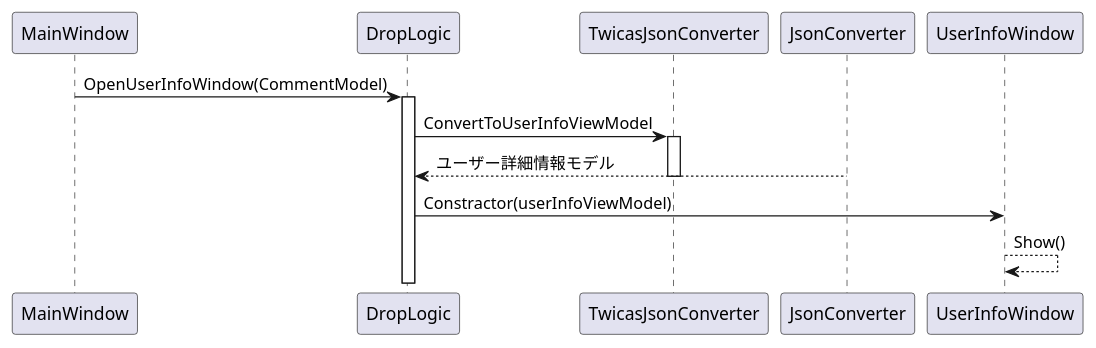
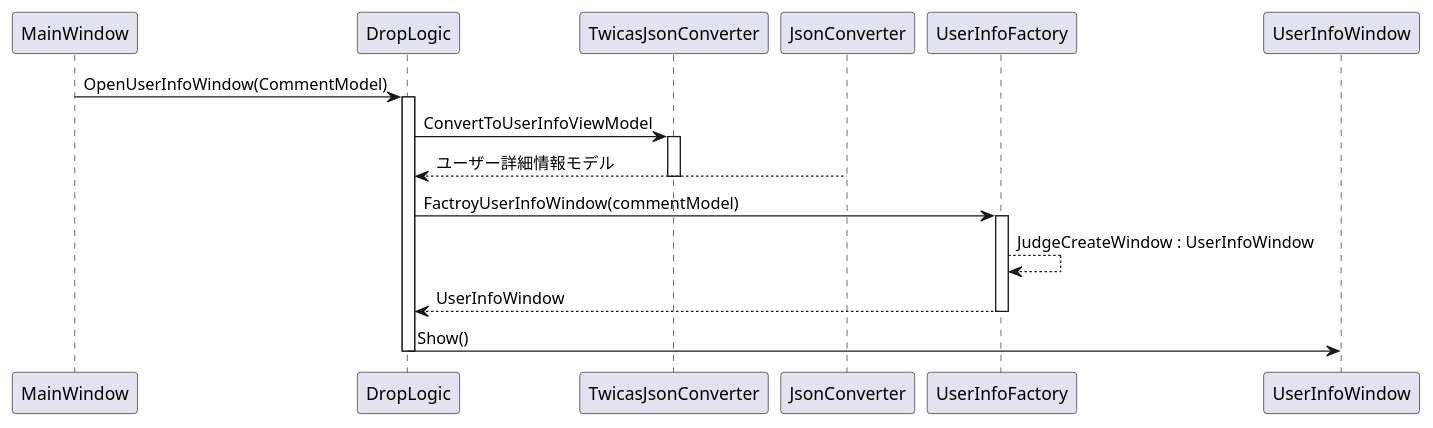
One commit to elm-niconico/AppDesign changed the diagram in ultra-comment-viewer/sequence-diagram/navigateUserInfoWindow.pu. Above: the diagram before and after it, drawn with PlantUML. The commit also changed 4 other files, not shown here.

```diff
--- a/ultra-comment-viewer/sequence-diagram/navigateUserInfoWindow.pu
+++ b/ultra-comment-viewer/sequence-diagram/navigateUserInfoWindow.pu
@@ -1,12 +1,17 @@
 @startuml ユーザー詳細情報Windowへの遷移
     MainWindow -> DropLogic : OpenUserInfoWindow(CommentModel)
     activate DropLogic
 
     DropLogic -> TwicasJsonConverter : ConvertToUserInfoViewModel
     activate TwicasJsonConverter
     DropLogic <-- JsonConverter : ユーザー詳細情報モデル
     deactivate TwicasJsonConverter
-
-    DropLogic -> UserInfoWindow : Constractor(userInfoViewModel)
-    UserInfoWindow --> UserInfoWindow : Show()
+    DropLogic -> UserInfoFactory : FactroyUserInfoWindow(commentModel)
+    activate UserInfoFactory
+    UserInfoFactory --> UserInfoFactory : JudgeCreateWindow : UserInfoWindow
+    DropLogic <-- UserInfoFactory : UserInfoWindow
+    deactivate UserInfoFactory
+    
+    DropLogic -> UserInfoWindow : Show()
+    deactivate DropLogic
 @enduml
```
